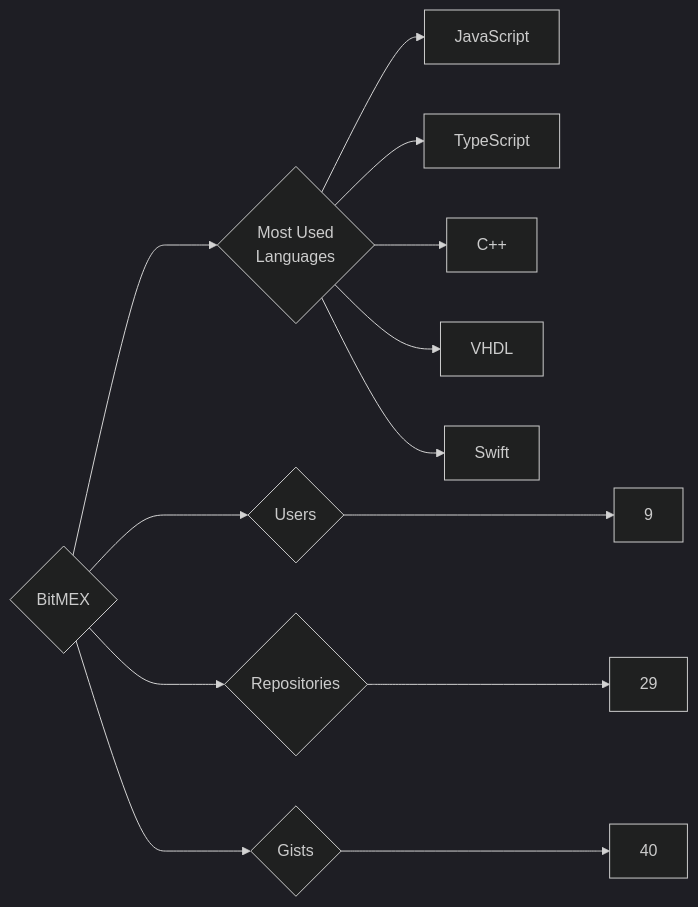
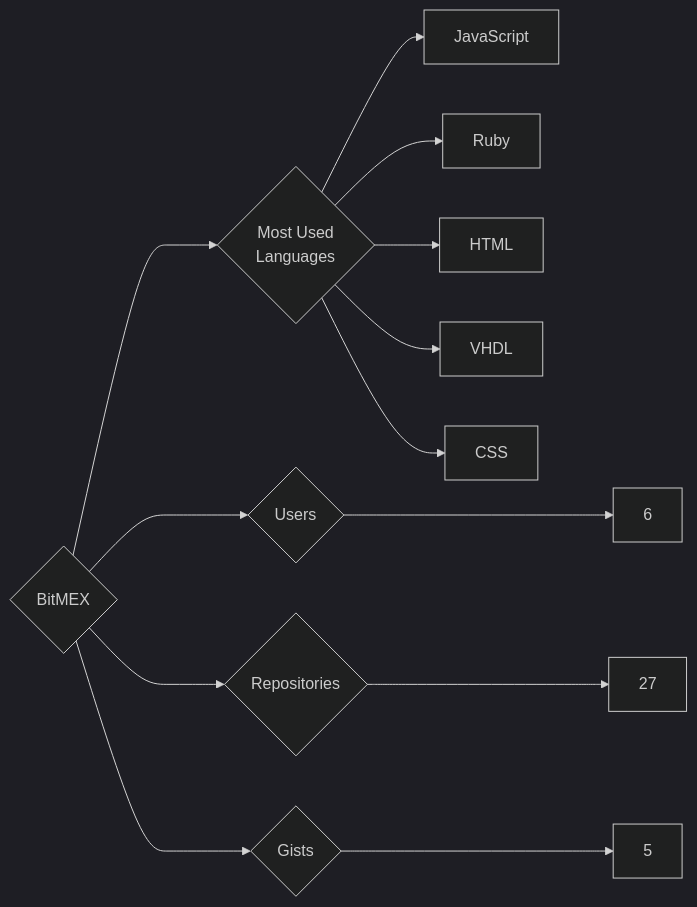
The diagram in targets/BitMEX/README.md (trickest/insiders), drawn with Mermaid (dark theme) before and after one commit. The commit also changed 912 other files, not shown here.

````diff
--- a/targets/BitMEX/README.md
+++ b/targets/BitMEX/README.md
@@ -3,13 +3,13 @@
 ```mermaid
 graph LR
 COMPANY_NAME{BitMEX}
-COMPANY_NAME ---> U{Users} ---> UN[9]
-COMPANY_NAME ---> R{Repositories} ---> RN[29]
-COMPANY_NAME ---> G{Gists} ---> GN[40]
+COMPANY_NAME ---> U{Users} ---> UN[6]
+COMPANY_NAME ---> R{Repositories} ---> RN[27]
+COMPANY_NAME ---> G{Gists} ---> GN[5]
 COMPANY_NAME ---> ML{Most Used<br>Languages}
 ML --> JavaScript[JavaScript]
-ML --> TypeScript[TypeScript]
-ML --> C++[C++]
+ML --> Ruby[Ruby]
+ML --> HTML[HTML]
 ML --> VHDL[VHDL]
-ML --> Swift[Swift]
+ML --> CSS[CSS]
 ```
````
